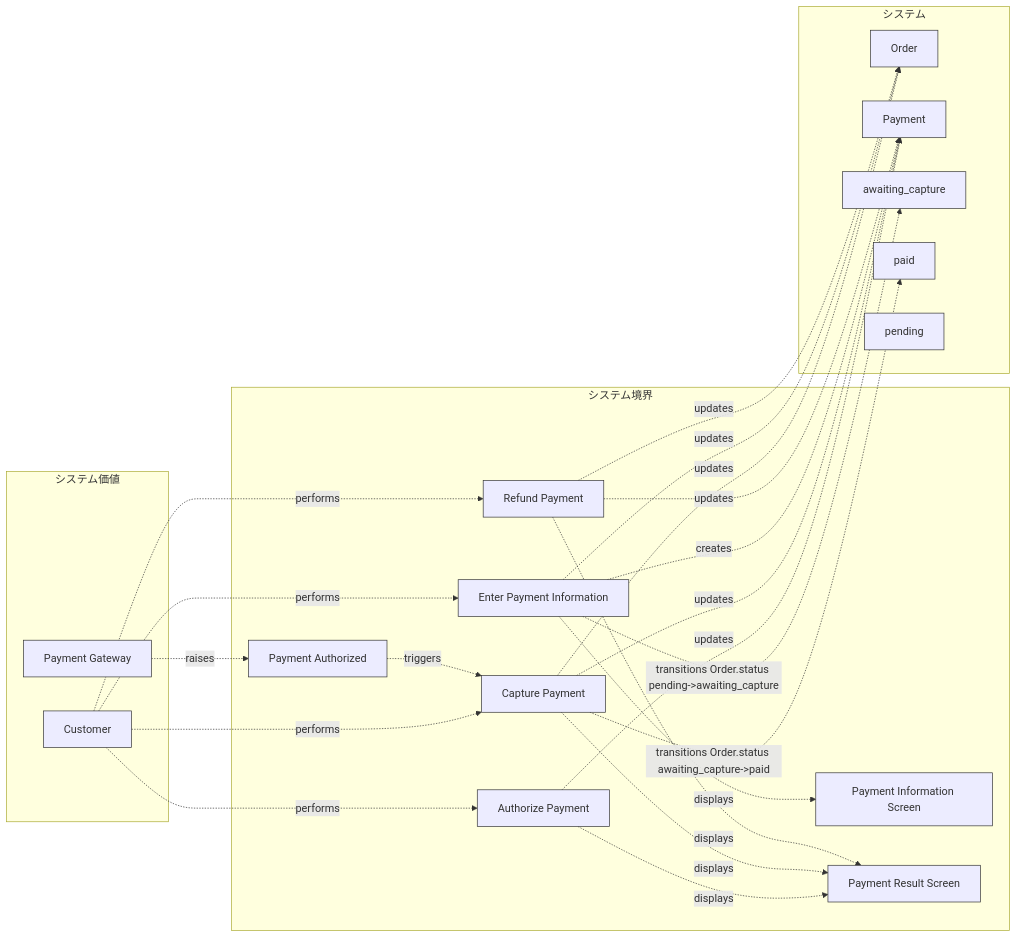
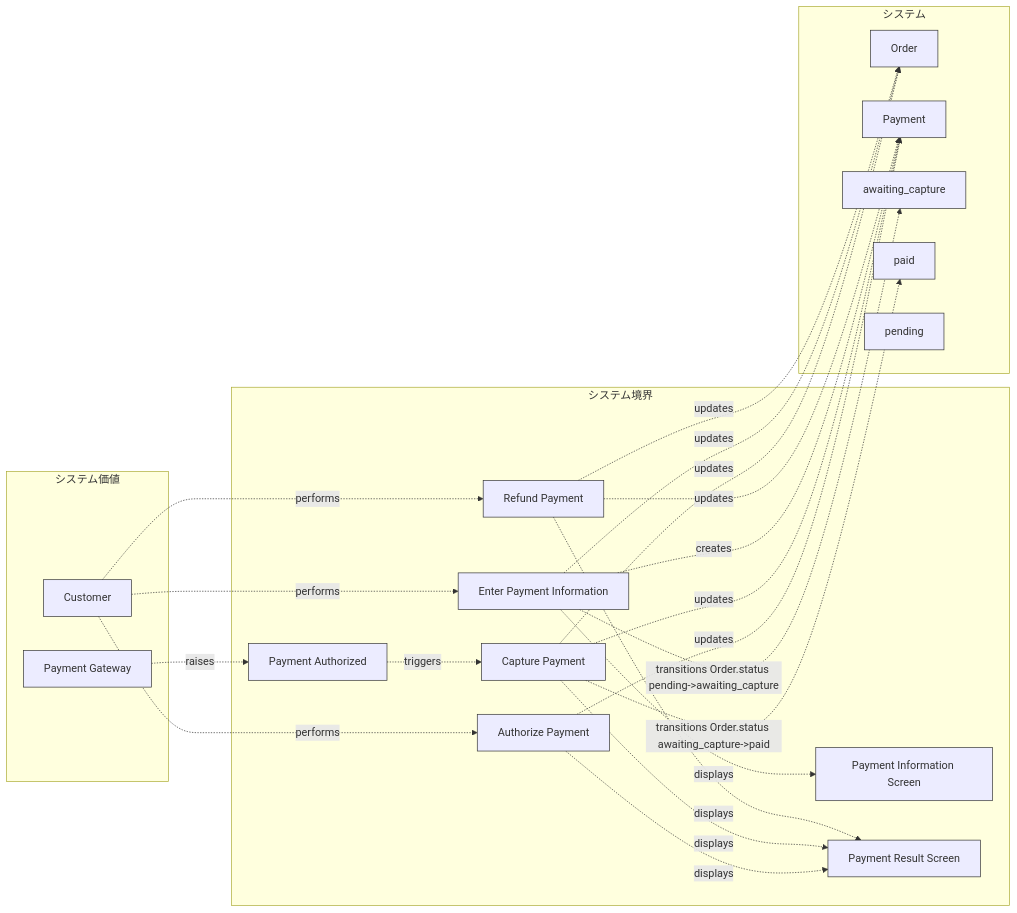
One commit to manji-0/rdra-ish-dsl changed the diagram in samples/ec-site/out/usecase_buc_bucpayment.mmd. Above: the diagram before and after it, drawn with Mermaid. The commit also changed 9 other files, not shown here.

```diff
--- a/samples/ec-site/out/usecase_buc_bucpayment.mmd
+++ b/samples/ec-site/out/usecase_buc_bucpayment.mmd
@@ -1,62 +1,60 @@
 %% rdra-ish diagram=usecase scope=buc:BucPayment model=samples/ec-site
 %% layers: value=システム価値 boundary=システム境界 system=システム
 %% kinds: actor extsystem usecase screen event entity state
 %% omitted: buc api
 flowchart LR
   subgraph layer_value["システム価値"]
     actor__Customer["Customer"]:::actor
     extsystem__PaymentGW["Payment Gateway"]:::extsystem
   end
   subgraph layer_boundary["システム境界"]
     usecase__AuthorizePayment["Authorize Payment"]:::usecase
     usecase__Capture["Capture Payment"]:::usecase
     usecase__InputPaymentInfo["Enter Payment Information"]:::usecase
     usecase__RefundPayment["Refund Payment"]:::usecase
     screen__PaymentInputScreen["Payment Information Screen"]:::screen
     screen__PaymentResultScreen["Payment Result Screen"]:::screen
     event__EvPaymentAuthorized["Payment Authorized"]:::event
   end
   subgraph layer_system["システム"]
     entity__Order["Order"]:::entity
     entity__Payment["Payment"]:::entity
     state__Order_awaiting_capture["awaiting_capture"]:::state
     state__Order_paid["paid"]:::state
     state__Order_pending["pending"]:::state
   end
   actor__Customer -.->|performs| usecase__AuthorizePayment
   %% derived actor__Customer -> usecase__AuthorizePayment via buc__BucPayment
-  actor__Customer -.->|performs| usecase__Capture
-  %% derived actor__Customer -> usecase__Capture via buc__BucPayment
   actor__Customer -.->|performs| usecase__InputPaymentInfo
   %% derived actor__Customer -> usecase__InputPaymentInfo via buc__BucPayment
   actor__Customer -.->|performs| usecase__RefundPayment
   %% derived actor__Customer -> usecase__RefundPayment via buc__BucPayment
   event__EvPaymentAuthorized -.->|triggers| usecase__Capture
   extsystem__PaymentGW -.->|raises| event__EvPaymentAuthorized
   usecase__AuthorizePayment -.->|displays| screen__PaymentResultScreen
   usecase__AuthorizePayment -.->|updates| entity__Payment
   %% derived usecase__AuthorizePayment -> entity__Payment via api__PaymentAuthorizationApi
   usecase__Capture -.->|displays| screen__PaymentResultScreen
   usecase__Capture -.->|transitions Order.status awaiting_capture->paid| state__Order_paid
   usecase__Capture -.->|updates| entity__Order
   %% derived usecase__Capture -> entity__Order via api__PaymentCaptureApi
   usecase__Capture -.->|updates| entity__Payment
   %% derived usecase__Capture -> entity__Payment via api__PaymentCaptureApi
   usecase__InputPaymentInfo -.->|creates| entity__Payment
   %% derived usecase__InputPaymentInfo -> entity__Payment via api__PaymentInputApi
   usecase__InputPaymentInfo -.->|displays| screen__PaymentInputScreen
   usecase__InputPaymentInfo -.->|transitions Order.status pending->awaiting_capture| state__Order_awaiting_capture
   usecase__InputPaymentInfo -.->|updates| entity__Order
   %% derived usecase__InputPaymentInfo -> entity__Order via api__PaymentInputApi
   usecase__RefundPayment -.->|displays| screen__PaymentResultScreen
   usecase__RefundPayment -.->|updates| entity__Order
   %% derived usecase__RefundPayment -> entity__Order via api__PaymentRefundApi
   usecase__RefundPayment -.->|updates| entity__Payment
   %% derived usecase__RefundPayment -> entity__Payment via api__PaymentRefundApi
   classDef actor stroke:#333;
   classDef extsystem stroke:#333;
   classDef usecase stroke:#333;
   classDef screen stroke:#333;
   classDef event stroke:#333;
   classDef entity stroke:#333;
   classDef state stroke:#333;
```
